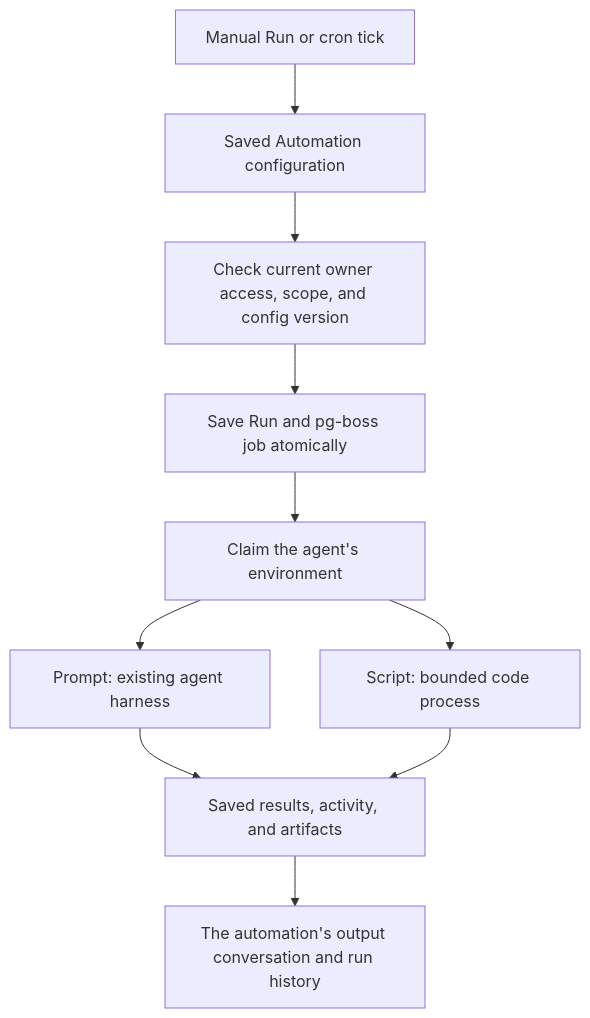
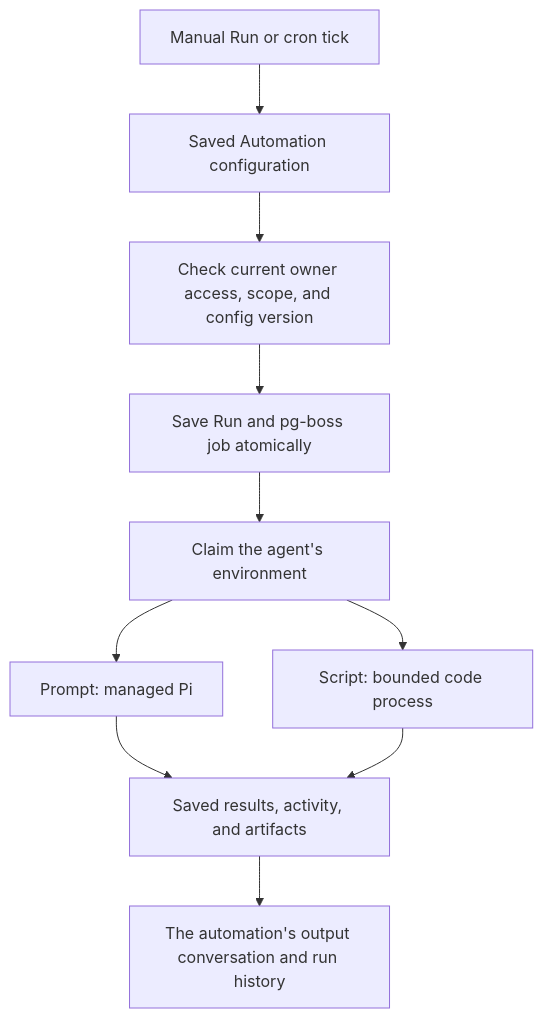
Before and after one commit to hellogafaro/otto: the sixth of 10 diagrams in docs/otto/plan.md, drawn with Mermaid. The commit also changed other lines of this file and 136 other files, not shown here.

````diff
--- a/docs/otto/plan.md
+++ b/docs/otto/plan.md
@@ -177,12 +181,12 @@
 ```mermaid
 flowchart TB
   T[Manual Run or cron tick] --> A[Saved Automation configuration]
   A --> V[Check current owner access, scope, and config version]
   V --> R[Save Run and pg-boss job atomically]
   R --> E[Claim the agent's environment]
-  E --> P[Prompt: existing agent harness]
+  E --> P[Prompt: managed Pi]
   E --> S[Script: bounded code process]
   P --> O[Saved results, activity, and artifacts]
   S --> O
   O --> C[The automation's output conversation and run history]
 ```
````
